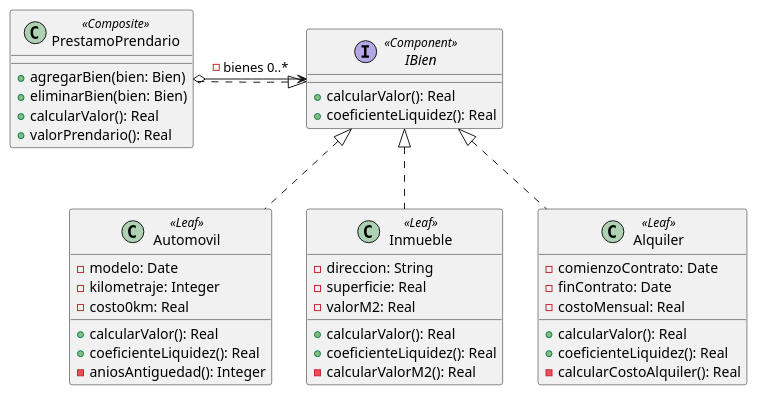
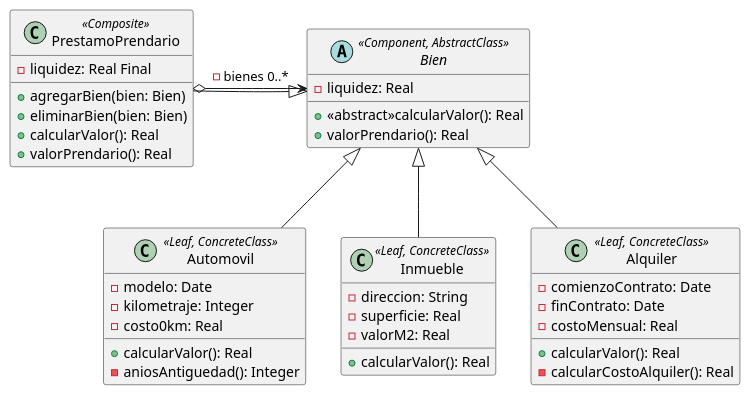
One commit to estanivege98/OO2 changed the diagram in Practicas/CuadernilloPatrones/Ejercicio26-PrestamosPrendarios/UML.puml. Above: the diagram before and after it, drawn with PlantUML. The commit also changed 6 other files, not shown here.

```diff
--- a/Practicas/CuadernilloPatrones/Ejercicio26-PrestamosPrendarios/UML.puml
+++ b/Practicas/CuadernilloPatrones/Ejercicio26-PrestamosPrendarios/UML.puml
@@ -1,40 +1,39 @@
 @startuml
 
-interface IBien<<Component>> {
-+calcularValor(): Real
-+coeficienteLiquidez(): Real
+abstract Bien<<Component, AbstractClass>> {
+-liquidez: Real
++<<abstract>>calcularValor(): Real
++valorPrendario(): Real
 }
-class Automovil<<Leaf>> implements IBien {
+class Automovil<<Leaf, ConcreteClass>> extends Bien {
 -modelo: Date
 -kilometraje: Integer
 -costo0km: Real
 +calcularValor(): Real
-+coeficienteLiquidez(): Real
 -aniosAntiguedad(): Integer
 }
-class Inmueble<<Leaf>> implements IBien {
+class Inmueble<<Leaf, ConcreteClass>> extends Bien {
 -direccion: String
 -superficie: Real
 -valorM2: Real
 +calcularValor(): Real
-+coeficienteLiquidez(): Real
--calcularValorM2(): Real
+
+
 }
-class Alquiler<<Leaf>> implements IBien {
+class Alquiler<<Leaf, ConcreteClass>> extends Bien {
 -comienzoContrato: Date
 -finContrato: Date
 -costoMensual: Real
 +calcularValor(): Real
-+coeficienteLiquidez(): Real
 -calcularCostoAlquiler(): Real
 }
-class PrestamoPrendario<<Composite>> implements IBien {
-
+class PrestamoPrendario<<Composite>> extends Bien {
+-liquidez: Real Final
 +agregarBien(bien: Bien)
 +eliminarBien(bien: Bien)
 +calcularValor(): Real
 +valorPrendario(): Real
 }
 
-PrestamoPrendario o-> IBien : -bienes 0..*
+PrestamoPrendario o-> Bien : -bienes 0..*
 @enduml
```
